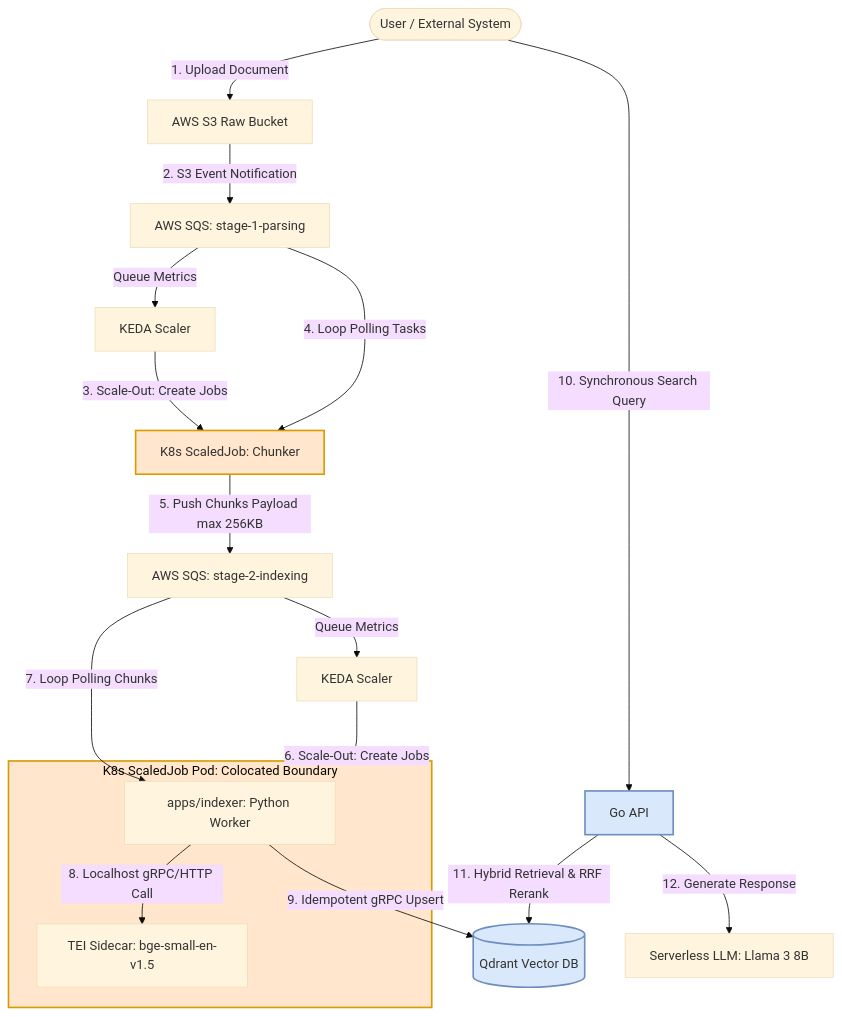
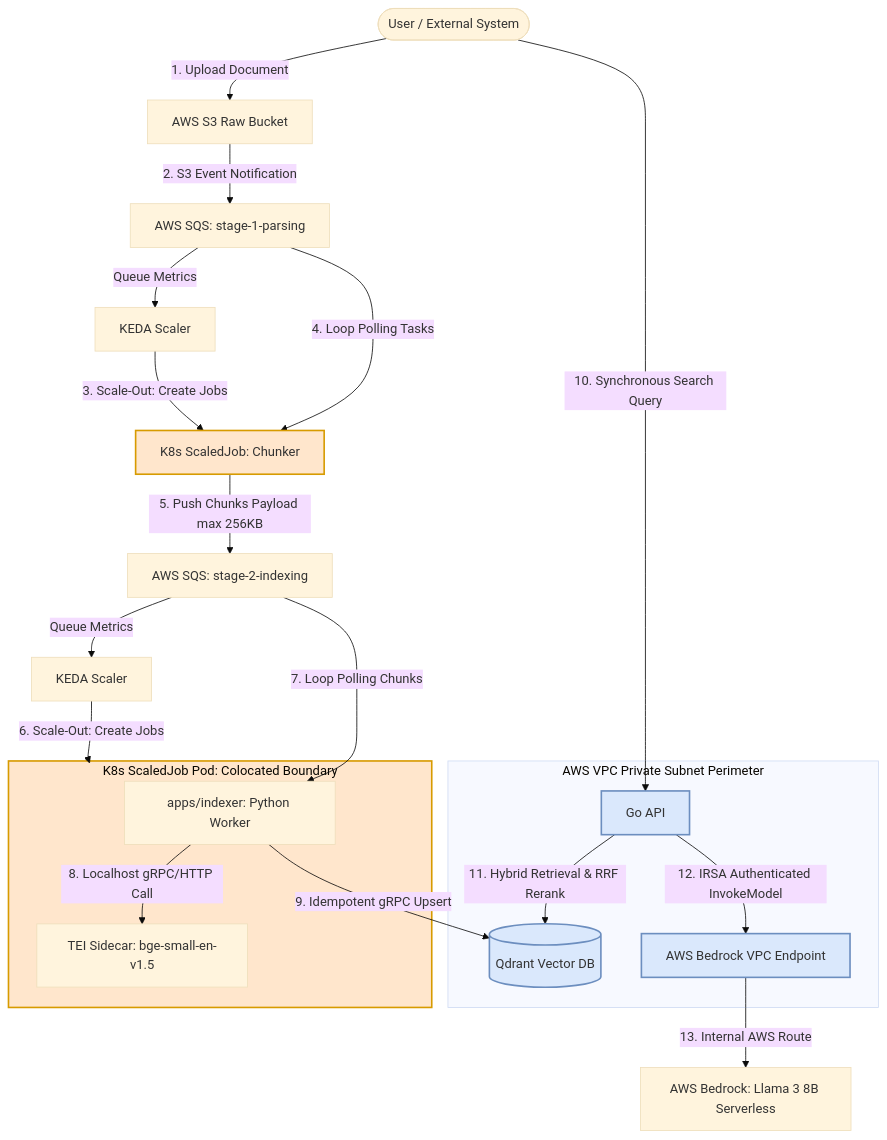
Before and after one commit to maksimillian1/simple-rag: the diagram in docs/architecture.md, drawn with Mermaid (base theme). The commit also changed other lines of this file and 8 other files, not shown here.

````diff
--- a/docs/architecture.md
+++ b/docs/architecture.md
@@ -21,34 +21,42 @@
 ```mermaid
 graph TD
     User([User / External System]) -->|1. Upload Document| S3[AWS S3 Raw Bucket]
     S3 -->|2. S3 Event Notification| SQS1[AWS SQS: stage-1-parsing]
     
     %% Stage 1 Boundary
     SQS1 -->|Queue Metrics| KEDA1[KEDA Scaler]
     KEDA1 -->|3. Scale-Out: Create Jobs| Job1[K8s ScaledJob: Chunker]
     SQS1 -->|4. Loop Polling Tasks| Job1
     
     %% Intermediate Payload Passing
     Job1 -->|5. Push Chunks Payload max 256KB| SQS2[AWS SQS: stage-2-indexing]
     
     %% Stage 2 Boundary (Colocated Sidecar Pattern)
     SQS2 -->|Queue Metrics| KEDA2[KEDA Scaler]
     KEDA2 -->|6. Scale-Out: Create Jobs| Job2[K8s ScaledJob: Indexer Pod]
     SQS2 -->|7. Loop Polling Chunks| Indexer
     
     subgraph Job2 [K8s ScaledJob Pod: Colocated Boundary]
         Indexer[apps/indexer: Python Worker] -->|8. Localhost gRPC/HTTP Call| TEI[TEI Sidecar: bge-small-en-v1.5]
     end
     
     Indexer -->|9. Idempotent gRPC Upsert| Qdrant[(Qdrant Vector DB)]
     
-    %% Query Boundary
+    %% Query Boundary (Secured VPC Perimeter via PrivateLink)
     User -->|10. Synchronous Search Query| GoAPI[Go API]
     GoAPI -->|11. Hybrid Retrieval & RRF Rerank| Qdrant
-    GoAPI -->|12. Generate Response| LLM[Serverless LLM: Llama 3 8B]
+    
+    subgraph VPC_Private_Subnet [AWS VPC Private Subnet Perimeter]
+        GoAPI
+        Qdrant
+        VPCE[AWS Bedrock VPC Endpoint]
+    end
+
+    GoAPI -->|12. IRSA Authenticated InvokeModel| VPCE
+    VPCE -->|13. Internal AWS Route| Bedrock[AWS Bedrock: Llama 3 8B Serverless]
 
     classDef spot fill:#ffe6cc,stroke:#d79b00,stroke-width:2px;
     classDef ondemand fill:#dae8fc,stroke:#6c8ebf,stroke-width:2px;
     class Job1,Job2 spot;
-    class GoAPI,Qdrant ondemand;
+    class GoAPI,Qdrant,VPCE ondemand;
 ```
````
